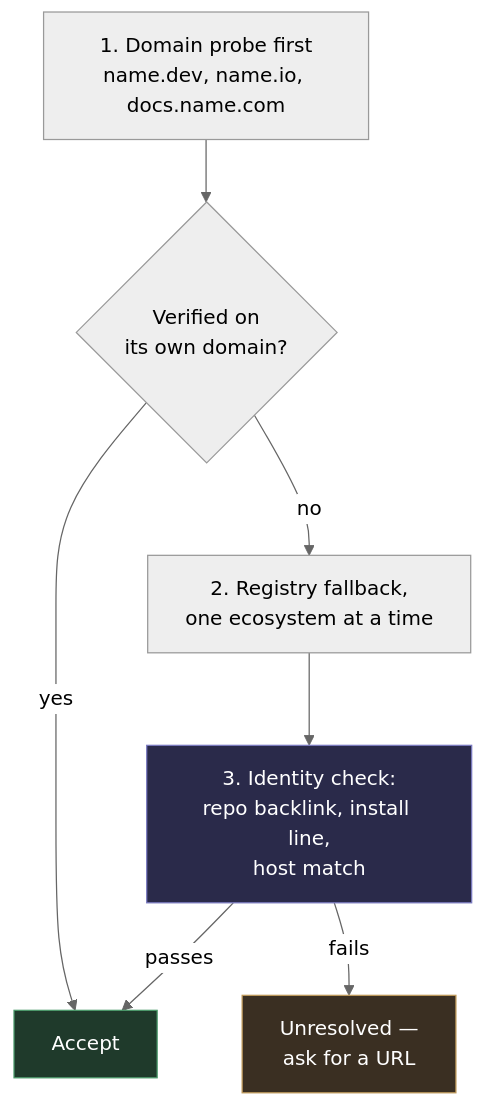
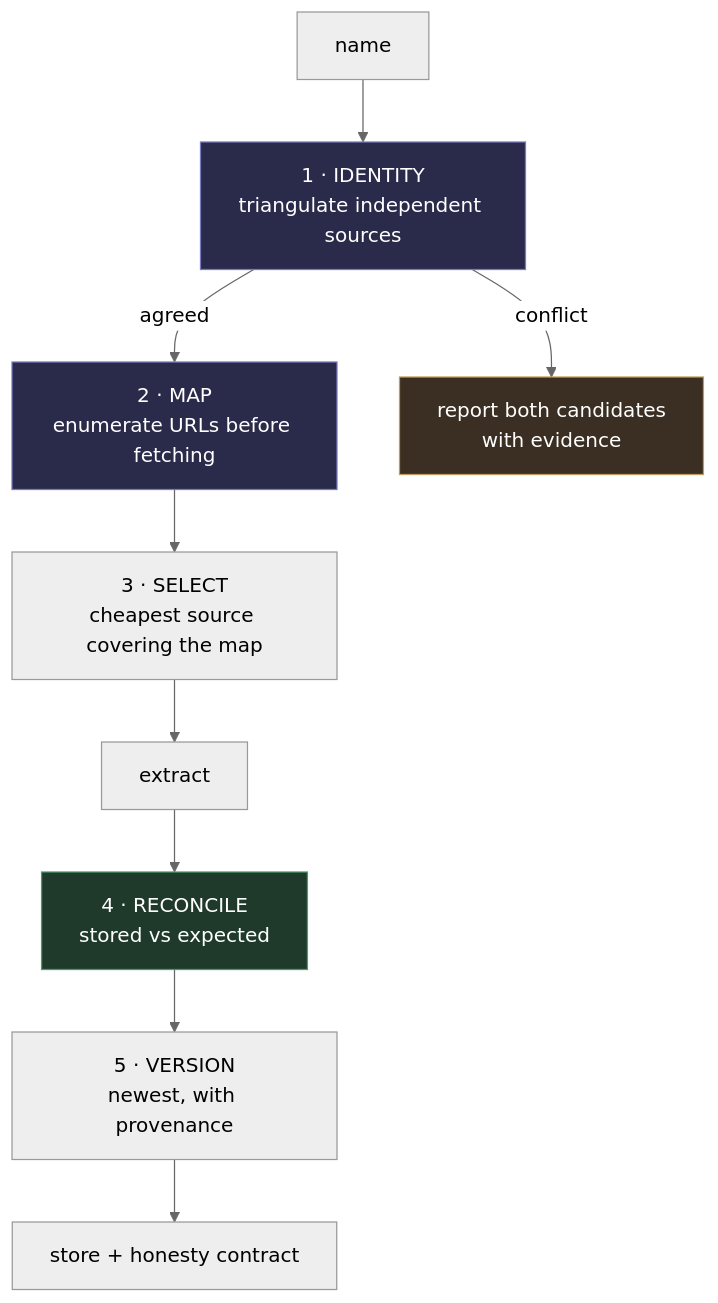
The second of 2 diagrams in PROPOSAL.md (R204570/DocsForge), drawn with Mermaid (neutral theme) before and after one commit. The commit also changed other lines of this file and 1 other file, not shown here.

````diff
--- a/PROPOSAL.md
+++ b/PROPOSAL.md
@@ -237,13 +139,16 @@
 ```mermaid
 flowchart TD
-    A["1. Domain probe first<br/>name.dev, name.io, docs.name.com"] --> B{"Verified on<br/>its own domain?"}
-    B -- yes --> WIN["Accept"]
-    B -- no --> C["2. Registry fallback,<br/>one ecosystem at a time"]
-    C --> D["3. Identity check:<br/>repo backlink, install line,<br/>host match"]
-    D -- passes --> WIN
-    D -- fails --> E["Unresolved —<br/>ask for a URL"]
+    N["name"] --> ID["1 · IDENTITY<br/>triangulate independent sources"]
+    ID -->|"agreed"| MAP["2 · MAP<br/>enumerate URLs before fetching"]
+    ID -->|"conflict"| ASK["report both candidates<br/>with evidence"]
+    MAP --> SEL["3 · SELECT<br/>cheapest source covering the map"]
+    SEL --> EX["extract"]
+    EX --> REC["4 · RECONCILE<br/>stored vs expected"]
+    REC --> VER["5 · VERSION<br/>newest, with provenance"]
+    VER --> OUT["store + honesty contract"]
 
-    style WIN fill:#1f3a2b,stroke:#4a9a6a,color:#fff
-    style E fill:#3a2f22,stroke:#c09a5a,color:#fff
-    style D fill:#2a2a4a,stroke:#7a7ac0,color:#fff
+    style ID fill:#2a2a4a,stroke:#7a7ac0,color:#fff
+    style MAP fill:#2a2a4a,stroke:#7a7ac0,color:#fff
+    style REC fill:#1f3a2b,stroke:#4a9a6a,color:#fff
+    style ASK fill:#3a2f22,stroke:#c09a5a,color:#fff
 ```
````
